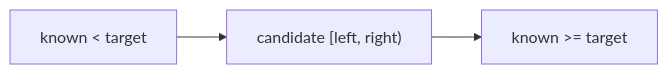
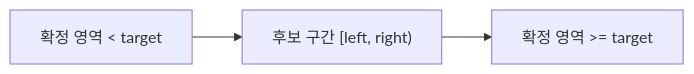
One commit to mandoobox/mandoobox.github.io changed the second of 2 diagrams in _posts/algorithm/2026-03-07-binary-search.md. Above: the diagram before and after it, drawn with Mermaid. The commit also changed other lines of this file and 24 other files, not shown here.

Commit message:
feat: mermaid kr

````diff
--- a/_posts/algorithm/2026-03-07-binary-search.md
+++ b/_posts/algorithm/2026-03-07-binary-search.md
@@ -209,5 +209,5 @@
 ```mermaid
 flowchart LR
-    A["known < target"] --> B["candidate [left, right)"]
-    B --> C["known >= target"]
+    A["확정 영역 < target"] --> B["후보 구간 [left, right)"]
+    B --> C["확정 영역 >= target"]
 ```
````
